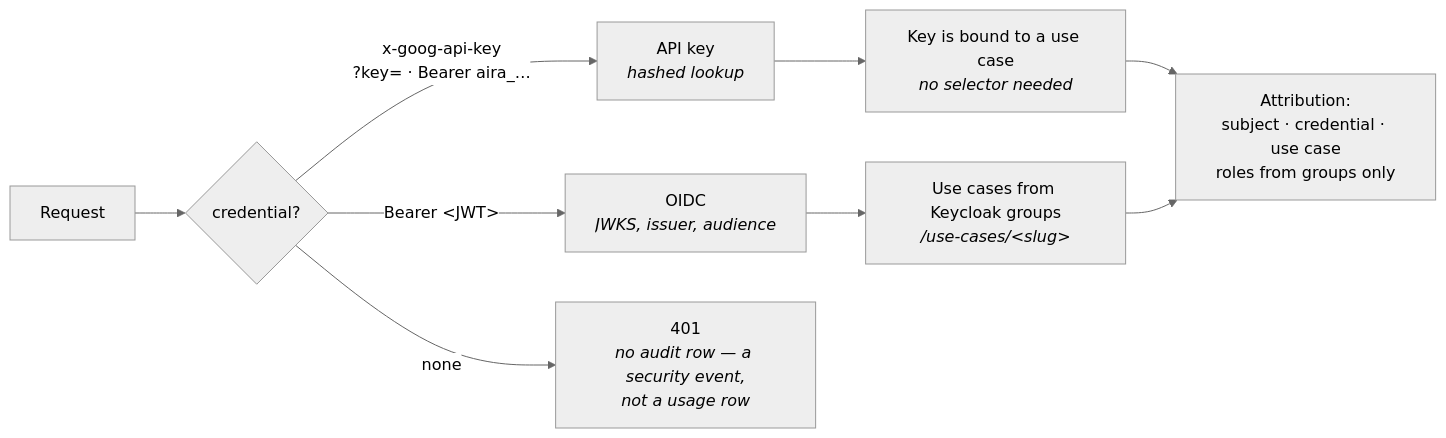
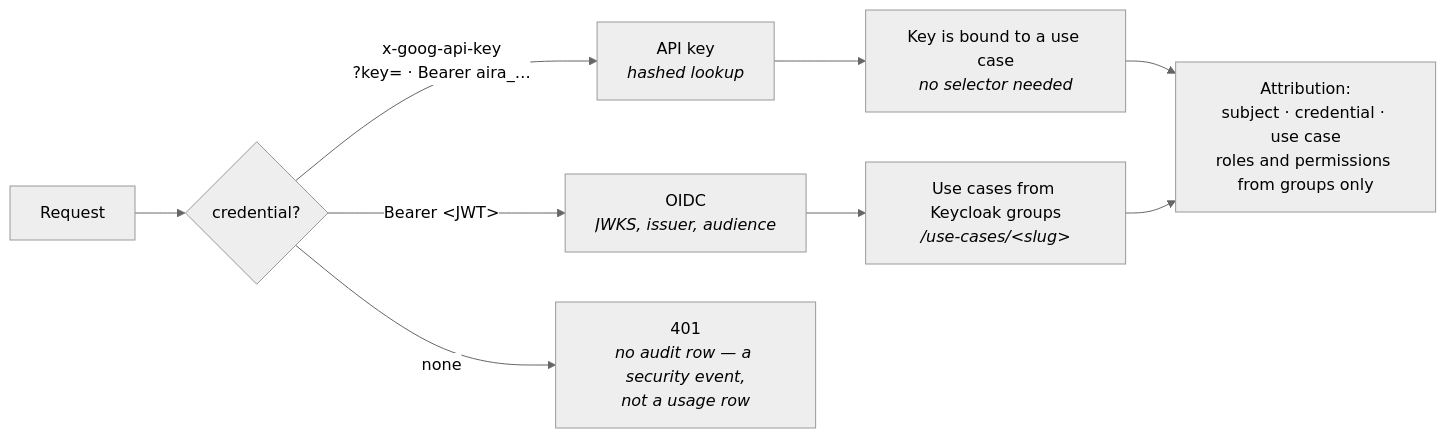
One commit to InigoImago/AIRA-Gateway changed the second of 6 diagrams in docs/REQUEST-LIFECYCLE.md. Above: the diagram before and after it, drawn with Mermaid (neutral theme). The commit also changed other lines of this file and 154 other files, not shown here.

First line of the commit message:
merge: the permission engine, custom roles bound to Keycloak groups, and paged event logs

````diff
--- a/docs/REQUEST-LIFECYCLE.md
+++ b/docs/REQUEST-LIFECYCLE.md
@@ -82,13 +82,13 @@
 ```mermaid
 graph LR
     req["Request"] --> which{"credential?"}
     which -->|"x-goog-api-key<br/>?key= · Bearer aira_…"| key["API key<br/><i>hashed lookup</i>"]
     which -->|"Bearer &lt;JWT&gt;"| oidc["OIDC<br/><i>JWKS, issuer, audience</i>"]
     which -->|"none"| anon["401<br/><i>no audit row — a security event,<br/>not a usage row</i>"]
 
     key --> bound["Key is bound to a use case<br/><i>no selector needed</i>"]
     oidc --> groups["Use cases from Keycloak groups<br/><i>/use-cases/&lt;slug&gt;</i>"]
 
-    bound --> attr["Attribution:<br/>subject · credential · use case<br/>roles from groups only"]
+    bound --> attr["Attribution:<br/>subject · credential · use case<br/>roles and permissions from groups only"]
     groups --> attr
 ```
````
